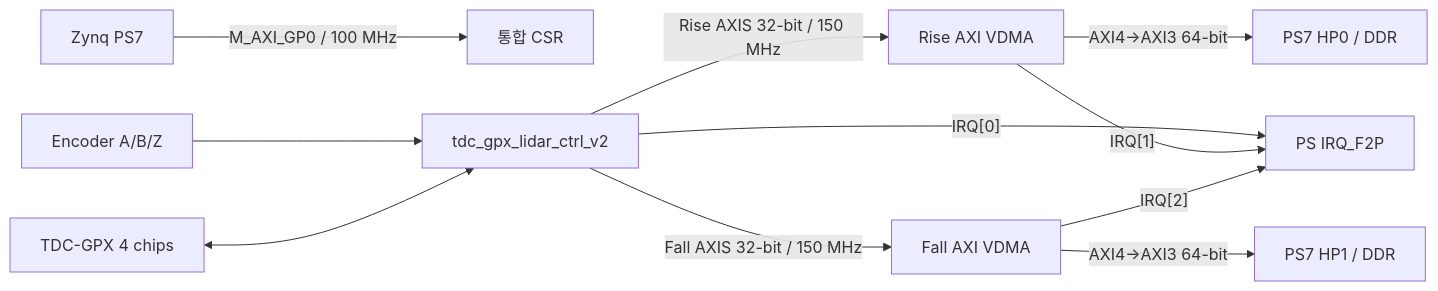
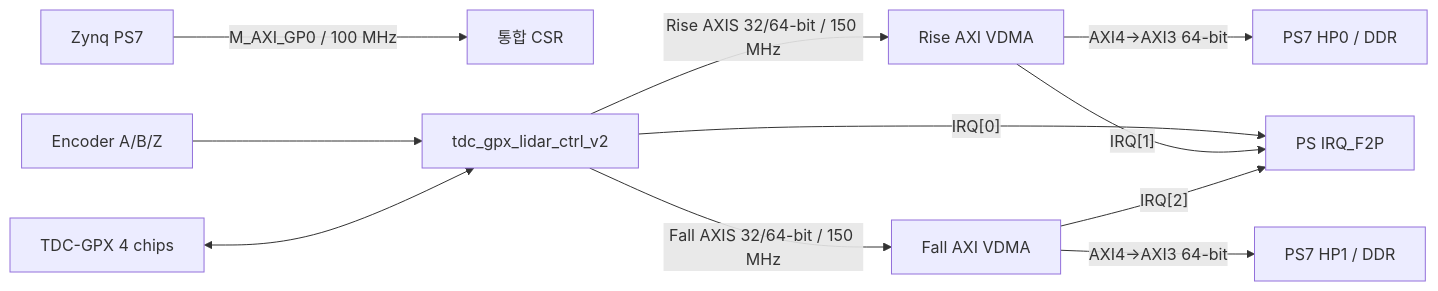
Before and after one commit to haneulia/tdc_gpx_ctrl: the diagram in system_integration/v2/parent_l0/README_KO.md, drawn with Mermaid. The commit also changed other lines of this file and 7 other files, not shown here.

````diff
--- a/system_integration/v2/parent_l0/README_KO.md
+++ b/system_integration/v2/parent_l0/README_KO.md
@@ -24,13 +29,13 @@
 ```mermaid
 flowchart LR
     PS["Zynq PS7"] -->|"M_AXI_GP0 / 100 MHz"| CSR["통합 CSR"]
     ENC["Encoder A/B/Z"] --> LIDAR["tdc_gpx_lidar_ctrl_v2"]
     GPX["TDC-GPX 4 chips"] <--> LIDAR
-    LIDAR -->|"Rise AXIS 32-bit / 150 MHz"| RV["Rise AXI VDMA"]
-    LIDAR -->|"Fall AXIS 32-bit / 150 MHz"| FV["Fall AXI VDMA"]
+    LIDAR -->|"Rise AXIS 32/64-bit / 150 MHz"| RV["Rise AXI VDMA"]
+    LIDAR -->|"Fall AXIS 32/64-bit / 150 MHz"| FV["Fall AXI VDMA"]
     RV -->|"AXI4→AXI3 64-bit"| HP0["PS7 HP0 / DDR"]
     FV -->|"AXI4→AXI3 64-bit"| HP1["PS7 HP1 / DDR"]
     LIDAR -->|"IRQ[0]"| IRQ["PS IRQ_F2P"]
     RV -->|"IRQ[1]"| IRQ
     FV -->|"IRQ[2]"| IRQ
 ```
````
